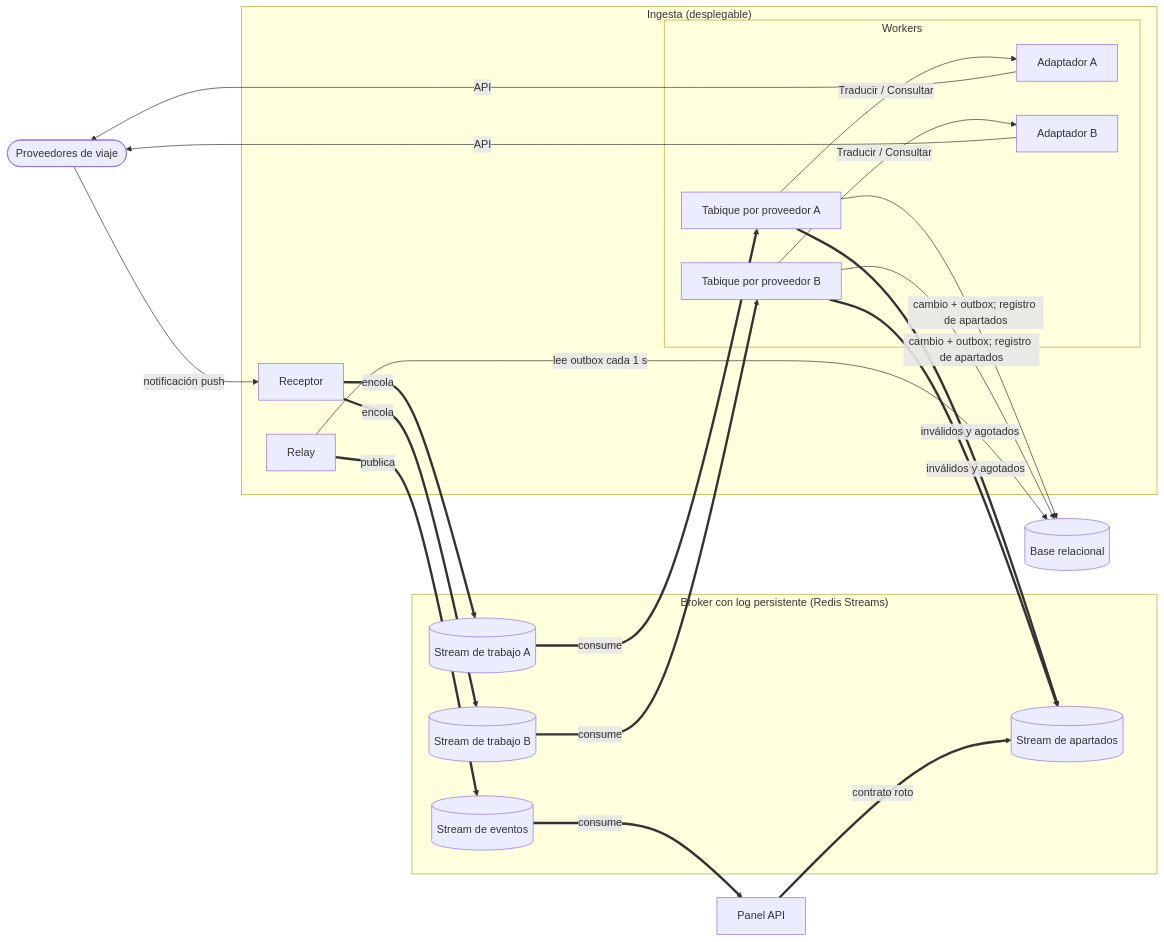
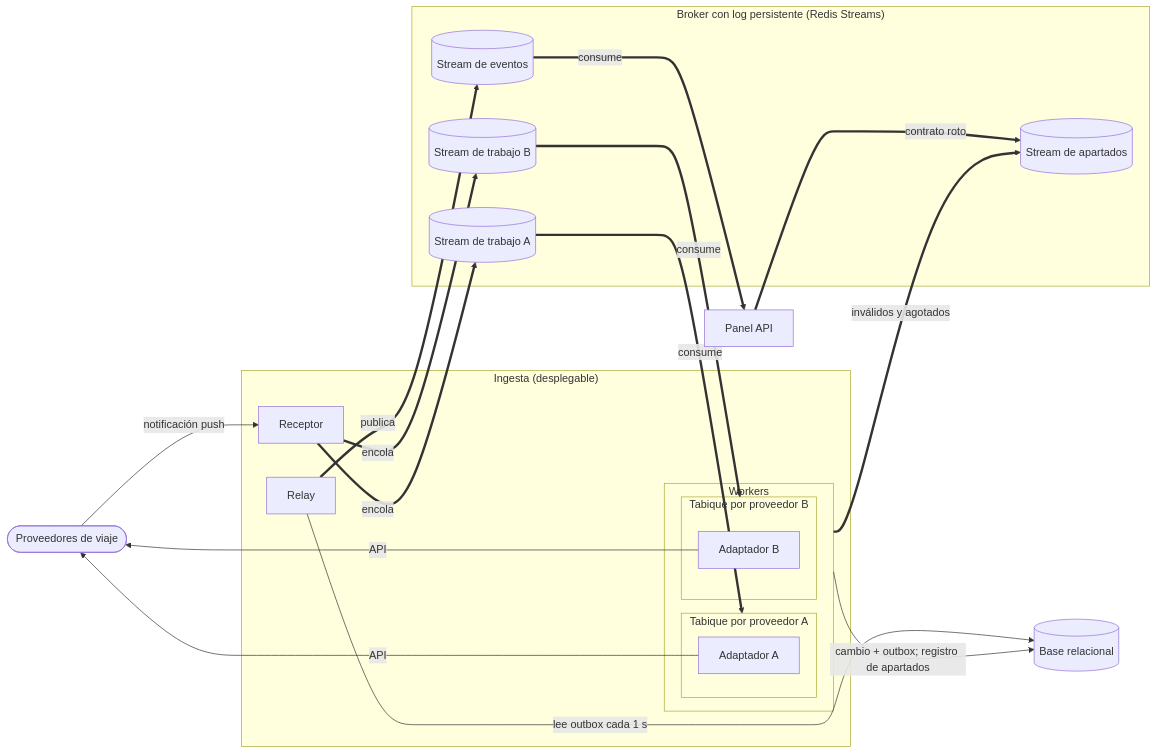
One commit to matiascanova/TPE_SOFTWARE changed the first of 3 diagrams in Iteracion-2.md. Above: the diagram before and after it, drawn with Mermaid. The commit also changed other lines of this file, not shown here.

Commit message:
Improve diagram structure in Iteracion-2.md
Refactor diagram structure for clarity and organization.

````diff
--- a/Iteracion-2.md
+++ b/Iteracion-2.md
@@ -123,43 +123,41 @@
 ```mermaid
 flowchart LR
   Proveedores(["Proveedores de viaje"])
 
   subgraph Ingesta["Ingesta (desplegable)"]
     Receptor["Receptor"]
     subgraph Workers["Workers"]
-      TabA["Tabique por proveedor A"]
-      AdA["Adaptador A"]
-      TabB["Tabique por proveedor B"]
-      AdB["Adaptador B"]
+      subgraph TabA["Tabique por proveedor A"]
+        AdA["Adaptador A"]
+      end
+      subgraph TabB["Tabique por proveedor B"]
+        AdB["Adaptador B"]
+      end
     end
     Relay["Relay"]
   end
 
   subgraph Broker["Broker con log persistente (Redis Streams)"]
     STA[("Stream de trabajo A")]
     STB[("Stream de trabajo B")]
     SEv[("Stream de eventos")]
     SAp[("Stream de apartados")]
   end
 
   Base[("Base relacional")]
   PanelAPI["Panel API"]
 
   Proveedores -->|"notificación push"| Receptor
   Receptor ==>|"encola"| STA
   Receptor ==>|"encola"| STB
   STA ==>|"consume"| TabA
   STB ==>|"consume"| TabB
-  TabA -->|"Traducir / Consultar"| AdA
-  TabB -->|"Traducir / Consultar"| AdB
   AdA -->|"API"| Proveedores
   AdB -->|"API"| Proveedores
-  TabA -->|"cambio + outbox; registro de apartados"| Base
-  TabB -->|"cambio + outbox; registro de apartados"| Base
-  TabA ==>|"inválidos y agotados"| SAp
-  TabB ==>|"inválidos y agotados"| SAp
+  Workers -->|"cambio + outbox; registro de apartados"| Base
+  Workers ==>|"inválidos y agotados"| SAp
   Relay -->|"lee outbox cada 1 s"| Base
   Relay ==>|"publica"| SEv
   SEv ==>|"consume"| PanelAPI
   PanelAPI ==>|"contrato roto"| SAp
 ```
````
